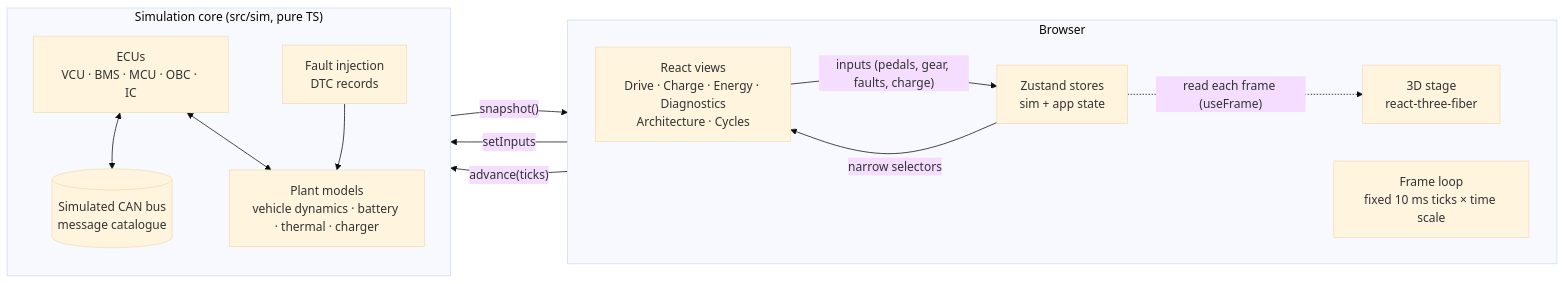
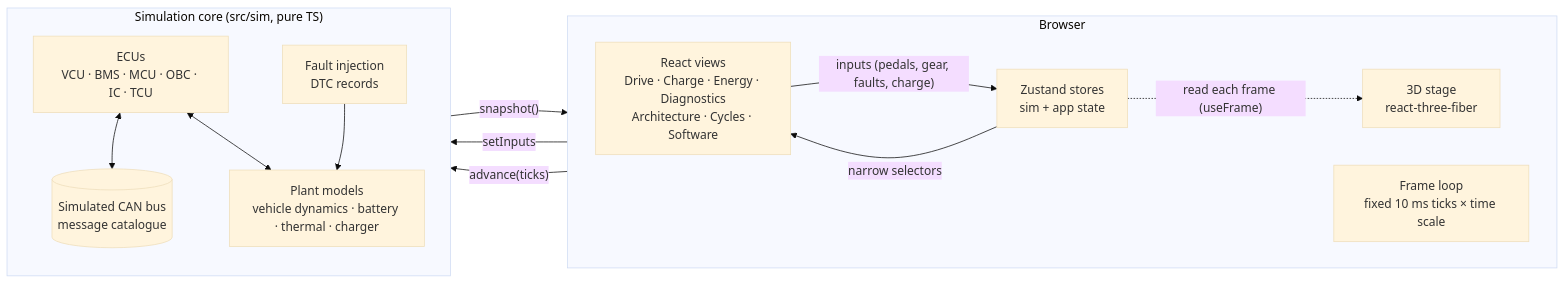
The first of 4 diagrams in README.md (MrNahadi/DUMA-SDV), drawn with Mermaid (base theme) before and after one commit. The commit also changed other lines of this file and 9 other files, not shown here.

````diff
--- a/README.md
+++ b/README.md
@@ -103,26 +104,26 @@
 ```mermaid
 flowchart LR
   subgraph Browser
     direction LR
-    UI["React views<br/>Drive · Charge · Energy · Diagnostics<br/>Architecture · Cycles"]
+    UI["React views<br/>Drive · Charge · Energy · Diagnostics<br/>Architecture · Cycles · Software"]
     Stage["3D stage<br/>react-three-fiber"]
     Store["Zustand stores<br/>sim + app state"]
     FrameLoop["Frame loop<br/>fixed 10 ms ticks × time scale"]
   end
   subgraph Core["Simulation core (src/sim, pure TS)"]
     direction TB
-    ECUs["ECUs<br/>VCU · BMS · MCU · OBC · IC"]
+    ECUs["ECUs<br/>VCU · BMS · MCU · OBC · IC · TCU"]
     Bus[("Simulated CAN bus<br/>message catalogue")]
     Plant["Plant models<br/>vehicle dynamics · battery · thermal · charger"]
     Faults["Fault injection<br/>DTC records"]
   end
   UI -- "inputs (pedals, gear, faults, charge)" --> Store
   Store -- setInputs --> Core
   FrameLoop -- "advance(ticks)" --> Core
   Core -- "snapshot()" --> Store
   Store -- "narrow selectors" --> UI
   Store -. "read each frame (useFrame)" .-> Stage
   ECUs <--> Bus
   ECUs <--> Plant
   Faults --> Plant
 ```
````
